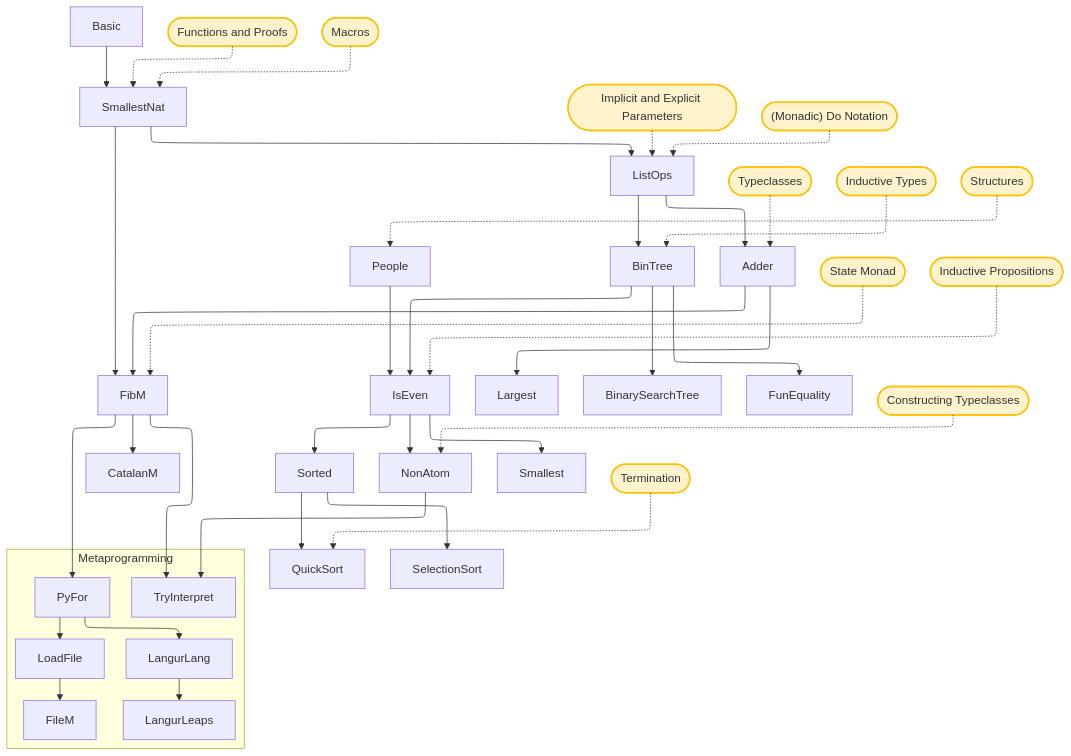
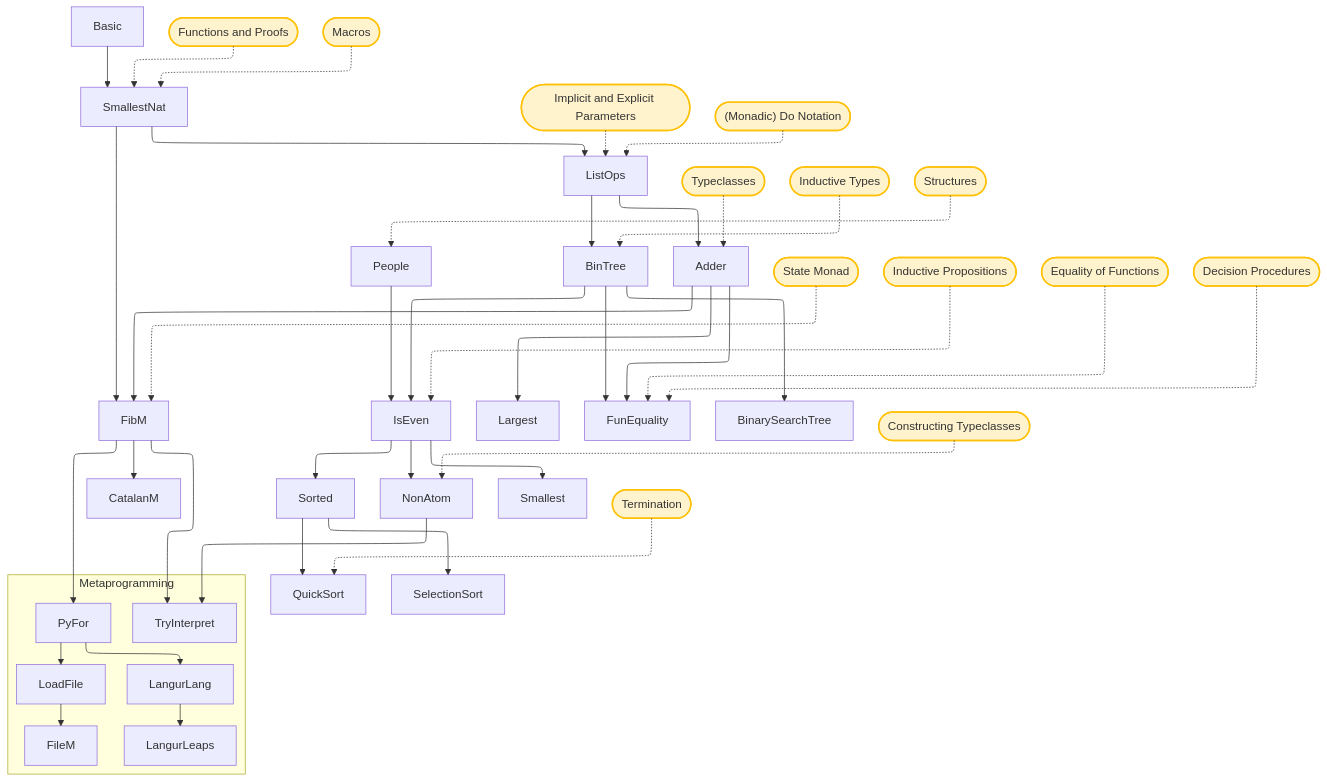
One commit to shamEiNew/LeanLangurSol changed the diagram in LeanLangur/README.md. Above: the diagram before and after it, drawn with Mermaid. The commit also changed 2 other files, not shown here.

Commit message:
more exercises

````diff
--- a/LeanLangur/README.md
+++ b/LeanLangur/README.md
@@ -55,56 +55,58 @@
 ```mermaid
 %%{init: {"flowchart": {"defaultRenderer": "elk"}} }%%
 graph TD;
   %% Core file dependencies
   Basic --> SmallestNat;
   SmallestNat --> ListOps;
   SmallestNat --> FibM;
   People --> IsEven;
   ListOps --> BinTree;
   ListOps --> Adder;
   FibM --> CatalanM;
   Adder --> Largest;
+  Adder --> FunEquality;
   Adder --> FibM;
   BinTree --> BinarySearchTree;
   BinTree --> FunEquality;
   IsEven --> Sorted;
   IsEven --> NonAtom;
   IsEven --> Smallest;
   Sorted --> QuickSort;
   Sorted --> SelectionSort;
   FibM --> PyFor;
 
   %% Correction Edge
   BinTree --> IsEven;
 
   %% Metaprogramming Subgraph
   subgraph Metaprogramming
     TryInterpret
     PyFor --> LoadFile;
     LoadFile --> FileM;
     PyFor --> LangurLang;
     LangurLang --> LangurLeaps;
   end
 
   %% Connections to the TryInterpret node
   FibM --> TryInterpret;
   NonAtom --> TryInterpret;
 
   %% Concepts mapping (reversed direction and uniformly capitalized)
   c1(["Functions and Proofs"]) -.-> SmallestNat
   c2(["Macros"]) -.-> SmallestNat
   c3(["Implicit and Explicit Parameters"]) -.-> ListOps
   c4(["(Monadic) Do Notation"]) -.-> ListOps
   c5(["Typeclasses"]) -.-> Adder
   c6(["State Monad"]) -.-> FibM
   c7(["Inductive Types"]) -.-> BinTree
   c8(["Inductive Propositions"]) -.-> IsEven
   c9(["Constructing Typeclasses"]) -.-> NonAtom
   c10(["Structures"]) -.-> People
   c11(["Termination"]) -.-> QuickSort
-
+  c12(["Equality of Functions"]) -.-> FunEquality
+  c13(["Decision Procedures"]) -.-> FunEquality
 
   %% Styling for concept nodes
   classDef concept fill:#fff3cd,stroke:#ffc107,stroke-width:2px;
-  class c1,c2,c3,c4,c5,c6,c7,c8,c9,c10,c11 concept;
+  class c1,c2,c3,c4,c5,c6,c7,c8,c9,c10,c11,c12,c13 concept;
 ```
````
